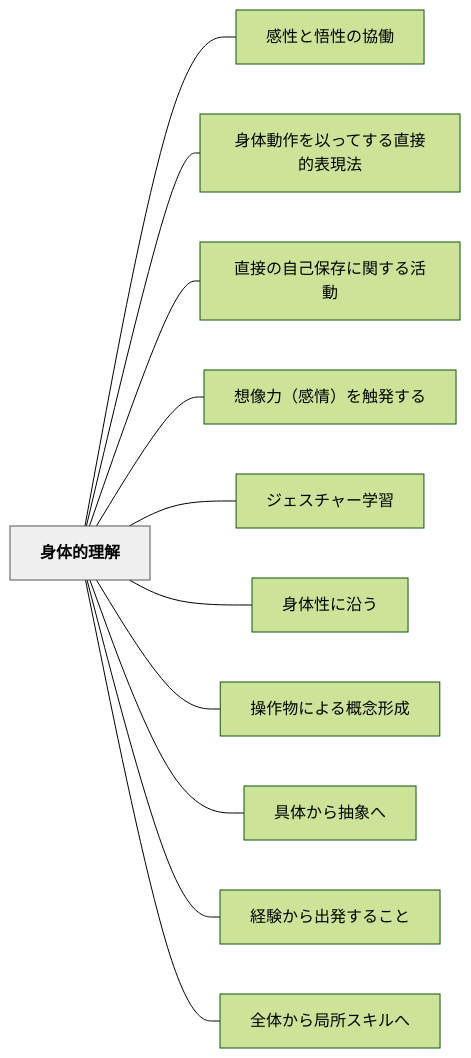
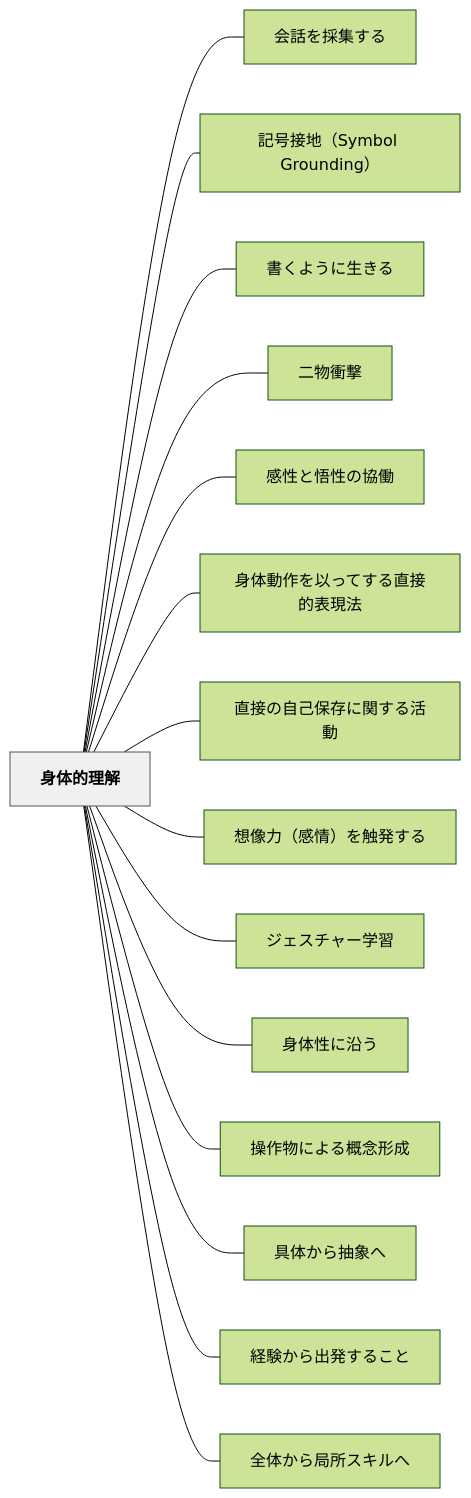
One commit to unknownthings-ed-patterns/unknownthings-ed-patterns changed the diagram in content/パタン/身体的理解.md. Above: the diagram before and after it, drawn with Mermaid (forest theme). The commit also changed other lines of this file and 185 other files, not shown here.

````diff
--- a/content/パタン/身体的理解.md
+++ b/content/パタン/身体的理解.md
@@ -129,28 +133,36 @@
 ```mermaid
 flowchart LR
     ne8baabe4bd93e79a84e79086e8a7a3["身体的理解"]
+    ne4bc9ae8a9b1e38292e68ea1e99b86e38199e3828b["会話を採集する"]
+    ne8a898e58fb7e68ea5e59cb0efbc8853796d626f6c2047726f756e64696e67efbc89["記号接地（Symbol Grounding）"]
+    ne69bb8e3818fe38288e38186e381abe7949fe3818de3828b["書くように生きる"]
+    ne4ba8ce789a9e8a19de69283["二物衝撃"]
     ne6849fe680a7e381a8e6829fe680a7e381aee58d94e5838d["感性と悟性の協働"]
     ne8baabe4bd93e58b95e4bd9ce38292e4bba5e381a3e381a6e38199e3828be79bb4e68ea5e79a84e8a1a8e78fbee6b395["身体動作を以ってする直接的表現法"]
     ne79bb4e68ea5e381aee887aae5b7b1e4bf9de5ad98e381abe996a2e38199e3828be6b4bbe58b95["直接の自己保存に関する活動"]
     ne683b3e5838fe58a9befbc88e6849fe68385efbc89e38292e8a7a6e799bae38199e3828b["想像力（感情）を触発する"]
     ne382b8e382a7e382b9e38381e383a3e383bce5ada6e7bf92["ジェスチャー学習"]
     ne8baabe4bd93e680a7e381abe6b2bfe38186["身体性に沿う"]
     ne6938de4bd9ce789a9e381abe38288e3828be6a682e5bfb5e5bda2e68890["操作物による概念形成"]
     ne585b7e4bd93e3818be38289e68abde8b1a1e381b8["具体から抽象へ"]
     ne7b58ce9a893e3818be38289e587bae799bae38199e3828be38193e381a8["経験から出発すること"]
     ne585a8e4bd93e3818be38289e5b180e68980e382b9e382ade383abe381b8["全体から局所スキルへ"]
 
+    ne8baabe4bd93e79a84e79086e8a7a3 --- ne4bc9ae8a9b1e38292e68ea1e99b86e38199e3828b
+    ne8baabe4bd93e79a84e79086e8a7a3 --- ne8a898e58fb7e68ea5e59cb0efbc8853796d626f6c2047726f756e64696e67efbc89
+    ne8baabe4bd93e79a84e79086e8a7a3 --- ne69bb8e3818fe38288e38186e381abe7949fe3818de3828b
+    ne8baabe4bd93e79a84e79086e8a7a3 --- ne4ba8ce789a9e8a19de69283
     ne8baabe4bd93e79a84e79086e8a7a3 --- ne6849fe680a7e381a8e6829fe680a7e381aee58d94e5838d
     ne8baabe4bd93e79a84e79086e8a7a3 --- ne8baabe4bd93e58b95e4bd9ce38292e4bba5e381a3e381a6e38199e3828be79bb4e68ea5e79a84e8a1a8e78fbee6b395
     ne8baabe4bd93e79a84e79086e8a7a3 --- ne79bb4e68ea5e381aee887aae5b7b1e4bf9de5ad98e381abe996a2e38199e3828be6b4bbe58b95
     ne8baabe4bd93e79a84e79086e8a7a3 --- ne683b3e5838fe58a9befbc88e6849fe68385efbc89e38292e8a7a6e799bae38199e3828b
     ne8baabe4bd93e79a84e79086e8a7a3 --- ne382b8e382a7e382b9e38381e383a3e383bce5ada6e7bf92
     ne8baabe4bd93e79a84e79086e8a7a3 --- ne8baabe4bd93e680a7e381abe6b2bfe38186
     ne8baabe4bd93e79a84e79086e8a7a3 --- ne6938de4bd9ce789a9e381abe38288e3828be6a682e5bfb5e5bda2e68890
     ne8baabe4bd93e79a84e79086e8a7a3 --- ne585b7e4bd93e3818be38289e68abde8b1a1e381b8
     ne8baabe4bd93e79a84e79086e8a7a3 --- ne7b58ce9a893e3818be38289e587bae799bae38199e3828be38193e381a8
     ne8baabe4bd93e79a84e79086e8a7a3 --- ne585a8e4bd93e3818be38289e5b180e68980e382b9e382ade383abe381b8
 
     classDef hub fill:#f0f0f0,stroke:#555,color:#000,font-weight:bold
     class ne8baabe4bd93e79a84e79086e8a7a3 hub
 ```
````
